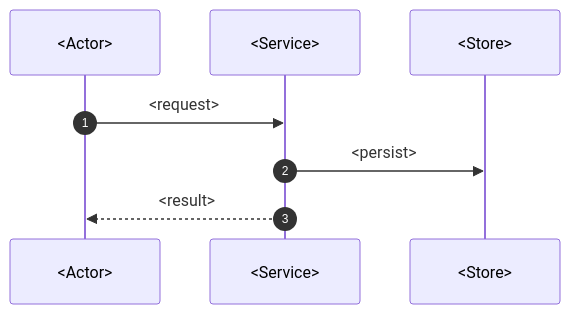
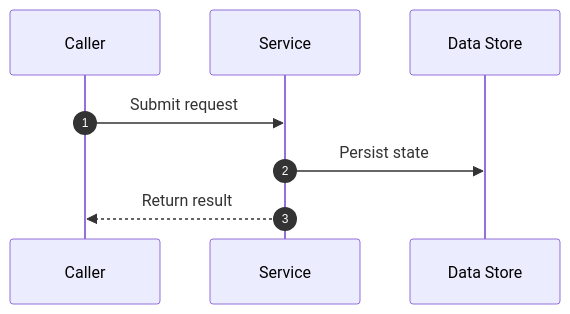
Before and after one commit to rizkydwicmt/vibe-ddd-golang: the second of 7 diagrams in docs/diagram/0000-diagram-template.md, drawn with Mermaid. The commit also changed other lines of this file and 6 other files, not shown here.

Commit message:
fix Mermaid documentation templates

````diff
--- a/docs/diagram/0000-diagram-template.md
+++ b/docs/diagram/0000-diagram-template.md
@@ -35,11 +34,11 @@
 ```mermaid
 sequenceDiagram
   autonumber
-  participant X as <Actor>
-  participant Y as <Service>
-  participant Z as <Store>
+  participant Caller
+  participant Service
+  participant Store as Data Store
 
-  X->>Y: <request>
-  Y->>Z: <persist>
-  Y-->>X: <result>
+  Caller->>Service: Submit request
+  Service->>Store: Persist state
+  Service-->>Caller: Return result
 ```
````
